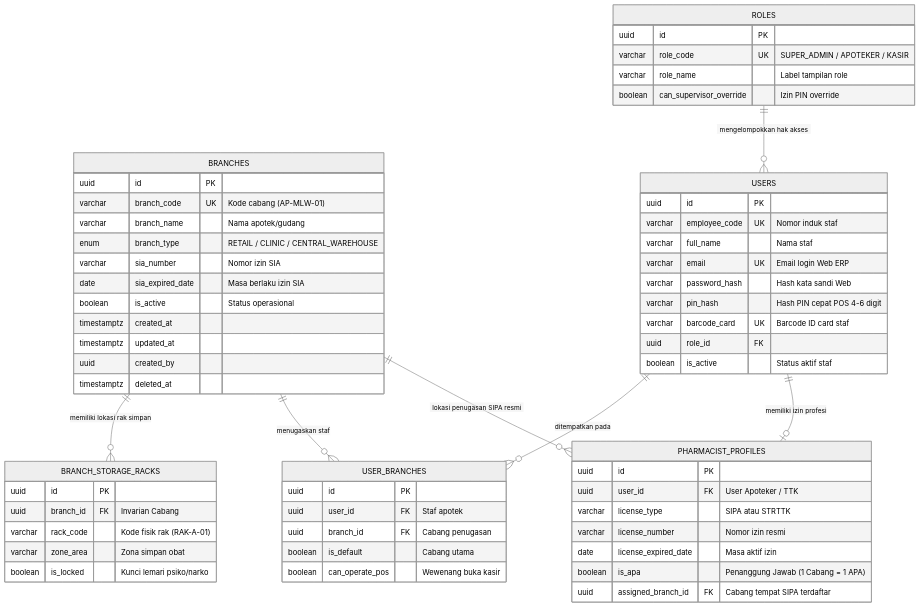
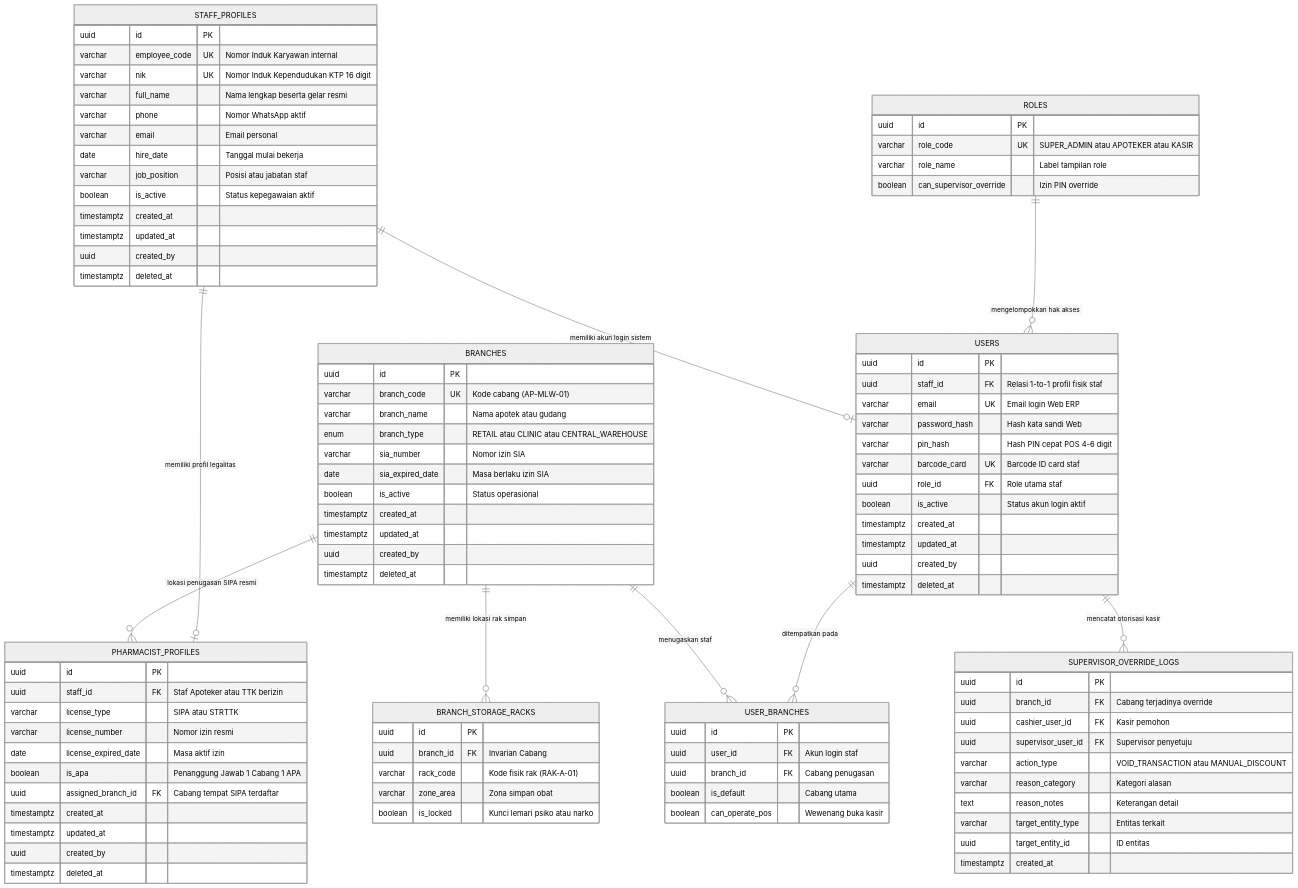
The ninth of 9 diagrams in technical/diagrams/01-diagrams-auth-dan-cabang.md (bagusyanuar/pharmacy-docs), drawn with Mermaid (neutral theme) before and after one commit. The commit also changed 3 other files, not shown here.

Commit message:
feat(database): decouple staff_profiles from users per BR-PHARM-AUTH-13 across DBML, ERD, and TRD

````diff
--- a/technical/diagrams/01-diagrams-auth-dan-cabang.md
+++ b/technical/diagrams/01-diagrams-auth-dan-cabang.md
@@ -321,15 +321,18 @@
     BRANCHES ||--o{ USER_BRANCHES : "menugaskan staf"
     BRANCHES ||--o{ PHARMACIST_PROFILES : "lokasi penugasan SIPA resmi"
 
+    STAFF_PROFILES ||--o| USERS : "memiliki akun login sistem"
+    STAFF_PROFILES ||--o| PHARMACIST_PROFILES : "memiliki profil legalitas"
+
     ROLES ||--o{ USERS : "mengelompokkan hak akses"
     USERS ||--o{ USER_BRANCHES : "ditempatkan pada"
-    USERS ||--o| PHARMACIST_PROFILES : "memiliki izin profesi"
+    USERS ||--o{ SUPERVISOR_OVERRIDE_LOGS : "mencatat otorisasi kasir"
 
     BRANCHES {
         uuid id PK
         varchar branch_code UK "Kode cabang (AP-MLW-01)"
-        varchar branch_name "Nama apotek/gudang"
-        enum branch_type "RETAIL / CLINIC / CENTRAL_WAREHOUSE"
+        varchar branch_name "Nama apotek atau gudang"
+        enum branch_type "RETAIL atau CLINIC atau CENTRAL_WAREHOUSE"
         varchar sia_number "Nomor izin SIA"
         date sia_expired_date "Masa berlaku izin SIA"
         boolean is_active "Status operasional"
@@ -344,31 +347,50 @@
         uuid branch_id FK "Invarian Cabang"
         varchar rack_code "Kode fisik rak (RAK-A-01)"
         varchar zone_area "Zona simpan obat"
-        boolean is_locked "Kunci lemari psiko/narko"
+        boolean is_locked "Kunci lemari psiko atau narko"
+    }
+
+    STAFF_PROFILES {
+        uuid id PK
+        varchar employee_code UK "Nomor Induk Karyawan internal"
+        varchar nik UK "Nomor Induk Kependudukan KTP 16 digit"
+        varchar full_name "Nama lengkap beserta gelar resmi"
+        varchar phone "Nomor WhatsApp aktif"
+        varchar email "Email personal"
+        date hire_date "Tanggal mulai bekerja"
+        varchar job_position "Posisi atau jabatan staf"
+        boolean is_active "Status kepegawaian aktif"
+        timestamptz created_at
+        timestamptz updated_at
+        uuid created_by
+        timestamptz deleted_at
     }
 
     ROLES {
         uuid id PK
-        varchar role_code UK "SUPER_ADMIN / APOTEKER / KASIR"
+        varchar role_code UK "SUPER_ADMIN atau APOTEKER atau KASIR"
         varchar role_name "Label tampilan role"
         boolean can_supervisor_override "Izin PIN override"
     }
 
     USERS {
         uuid id PK
-        varchar employee_code UK "Nomor induk staf"
-        varchar full_name "Nama staf"
+        uuid staff_id FK "Relasi 1-to-1 profil fisik staf"
         varchar email UK "Email login Web ERP"
         varchar password_hash "Hash kata sandi Web"
         varchar pin_hash "Hash PIN cepat POS 4-6 digit"
         varchar barcode_card UK "Barcode ID card staf"
-        uuid role_id FK
-        boolean is_active "Status aktif staf"
+        uuid role_id FK "Role utama staf"
+        boolean is_active "Status akun login aktif"
+        timestamptz created_at
+        timestamptz updated_at
+        uuid created_by
+        timestamptz deleted_at
     }
 
     USER_BRANCHES {
         uuid id PK
-        uuid user_id FK "Staf apotek"
+        uuid user_id FK "Akun login staf"
         uuid branch_id FK "Cabang penugasan"
         boolean is_default "Cabang utama"
         boolean can_operate_pos "Wewenang buka kasir"
@@ -376,11 +398,28 @@
 
     PHARMACIST_PROFILES {
         uuid id PK
-        uuid user_id FK "User Apoteker / TTK"
+        uuid staff_id FK "Staf Apoteker atau TTK berizin"
         varchar license_type "SIPA atau STRTTK"
         varchar license_number "Nomor izin resmi"
         date license_expired_date "Masa aktif izin"
-        boolean is_apa "Penanggung Jawab (1 Cabang = 1 APA)"
+        boolean is_apa "Penanggung Jawab 1 Cabang 1 APA"
         uuid assigned_branch_id FK "Cabang tempat SIPA terdaftar"
+        timestamptz created_at
+        timestamptz updated_at
+        uuid created_by
+        timestamptz deleted_at
+    }
+
+    SUPERVISOR_OVERRIDE_LOGS {
+        uuid id PK
+        uuid branch_id FK "Cabang terjadinya override"
+        uuid cashier_user_id FK "Kasir pemohon"
+        uuid supervisor_user_id FK "Supervisor penyetuju"
+        varchar action_type "VOID_TRANSACTION atau MANUAL_DISCOUNT"
+        varchar reason_category "Kategori alasan"
+        text reason_notes "Keterangan detail"
+        varchar target_entity_type "Entitas terkait"
+        uuid target_entity_id "ID entitas"
+        timestamptz created_at
     }
 ```
````
